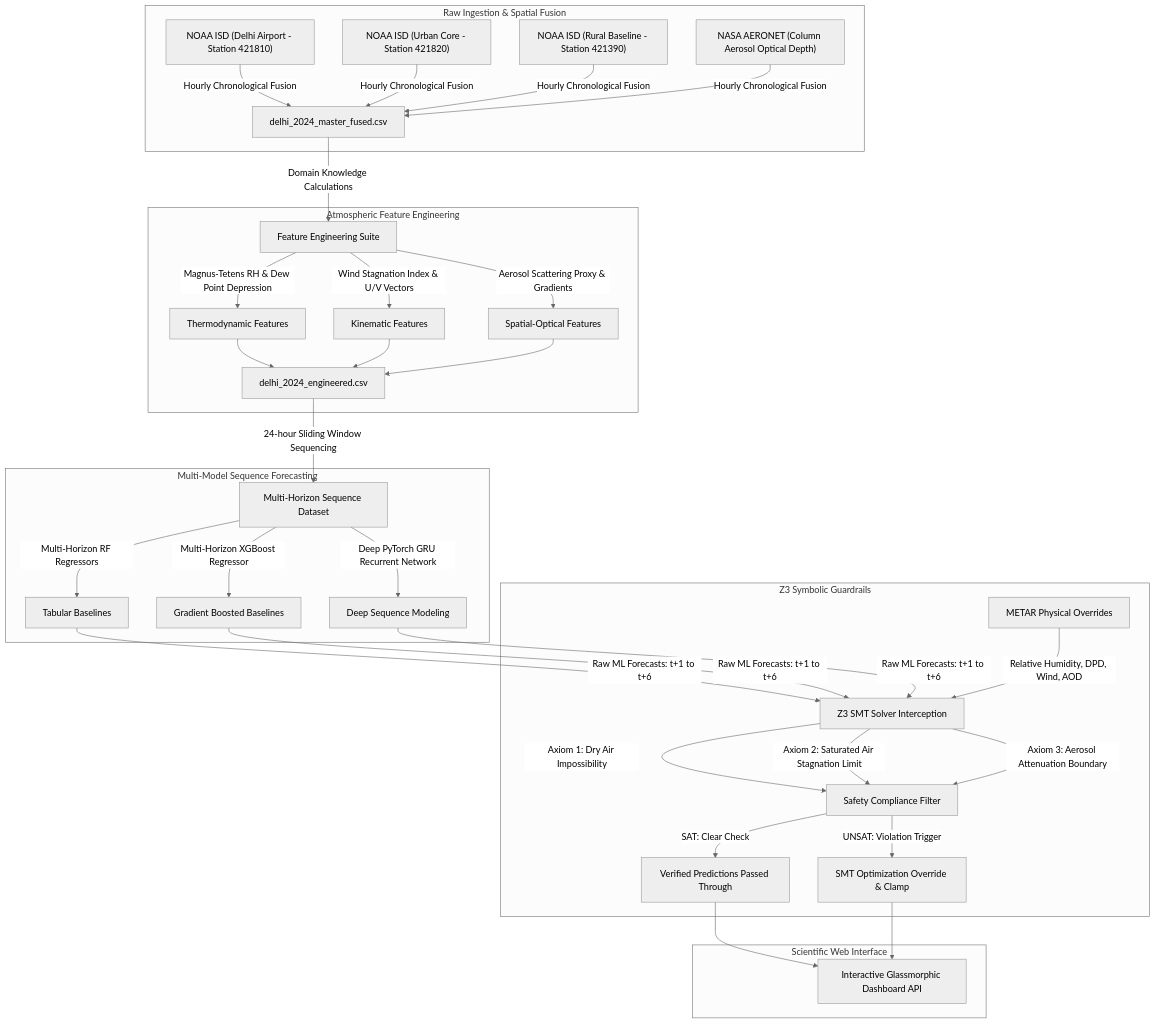
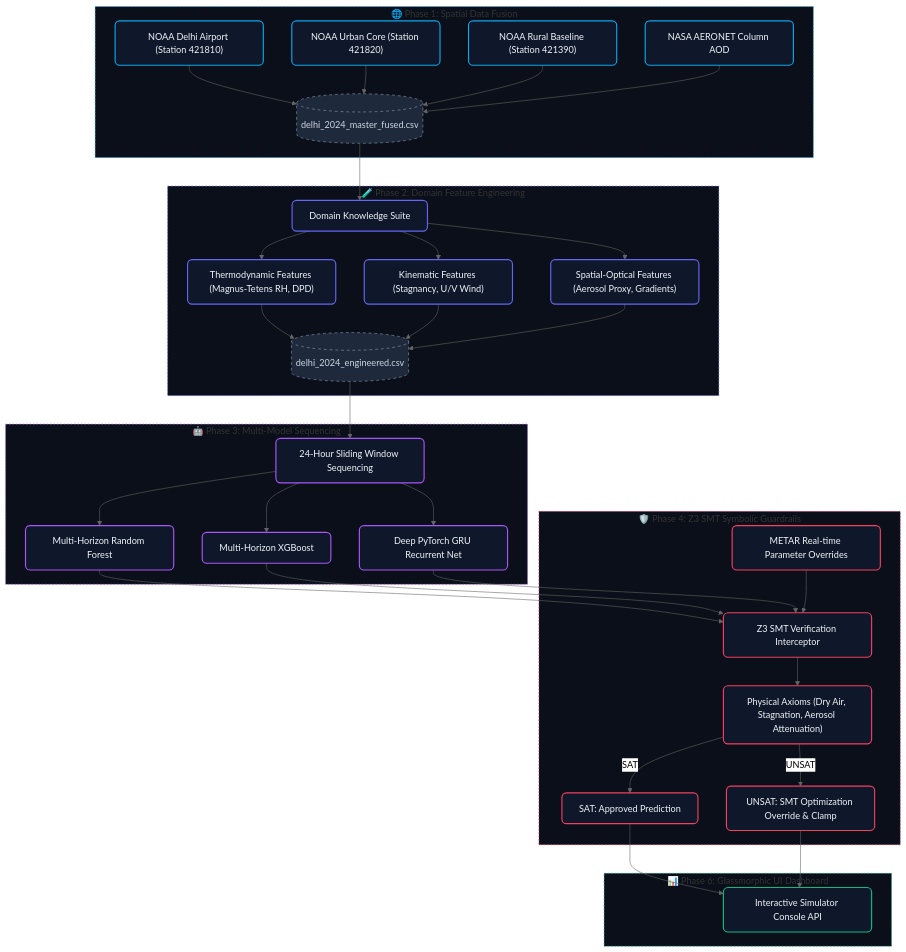
The diagram in readme.md (VedikaAgrawal/neuro-symbolic-runway-visibility-forecaster), drawn with Mermaid (neutral theme) before and after one commit.

Commit message:
docs: apply premium dark-mode glassmorphic theme styles to Mermaid architecture flowchart

````diff
--- a/readme.md
+++ b/readme.md
@@ -13,35 +13,83 @@
 ```mermaid
 graph TD
-    subgraph Raw Ingestion & Spatial Fusion
-        A["NOAA ISD (Delhi Airport - Station 421810)"] & B["NOAA ISD (Urban Core - Station 421820)"] & C["NOAA ISD (Rural Baseline - Station 421390)"] & D["NASA AERONET (Column Aerosol Optical Depth)"] -->|Hourly Chronological Fusion| E["delhi_2024_master_fused.csv"]
+    %% Define Node Styles via Classes
+    classDef default fill:#1e293b,stroke:#334155,stroke-width:1px,color:#f1f5f9,rx:8px,ry:8px;
+    classDef ingest fill:#0f172a,stroke:#0ea5e9,stroke-width:2px,color:#f1f5f9,rx:8px,ry:8px;
+    classDef feature fill:#0f172a,stroke:#6366f1,stroke-width:2px,color:#f1f5f9,rx:8px,ry:8px;
+    classDef model fill:#0f172a,stroke:#a855f7,stroke-width:2px,color:#f1f5f9,rx:8px,ry:8px;
+    classDef guardrail fill:#0f172a,stroke:#f43f5e,stroke-width:2px,color:#f1f5f9,rx:8px,ry:8px;
+    classDef dashboard fill:#0f172a,stroke:#10b981,stroke-width:2px,color:#f1f5f9,rx:8px,ry:8px;
+    classDef dataset fill:#1e293b,stroke:#94a3b8,stroke-width:1px,stroke-dasharray: 5 5,color:#cbd5e1,rx:5px,ry:5px;
+
+    %% Subgraphs
+    subgraph Ingestion ["🌐 Phase 1: Spatial Data Fusion"]
+        A["NOAA Delhi Airport (Station 421810)"]:::ingest
+        B["NOAA Urban Core (Station 421820)"]:::ingest
+        C["NOAA Rural Baseline (Station 421390)"]:::ingest
+        D["NASA AERONET Column AOD"]:::ingest
+        E[("delhi_2024_master_fused.csv")]:::dataset
+        
+        A --> E
+        B --> E
+        C --> E
+        D --> E
     end
 
-    subgraph Atmospheric Feature Engineering
-        E -->|Domain Knowledge Calculations| F[Feature Engineering Suite]
-        F -->|Magnus-Tetens RH & Dew Point Depression| G[Thermodynamic Features]
-        F -->|Wind Stagnation Index & U/V Vectors| H[Kinematic Features]
-        F -->|Aerosol Scattering Proxy & Gradients| I[Spatial-Optical Features]
-        G & H & I --> J["delhi_2024_engineered.csv"]
+    subgraph FeatureEngineering ["🧪 Phase 2: Domain Feature Engineering"]
+        F["Domain Knowledge Suite"]:::feature
+        G["Thermodynamic Features (Magnus-Tetens RH, DPD)"]:::feature
+        H["Kinematic Features (Stagnancy, U/V Wind)"]:::feature
+        I["Spatial-Optical Features (Aerosol Proxy, Gradients)"]:::feature
+        J[("delhi_2024_engineered.csv")]:::dataset
+
+        E --> F
+        F --> G
+        F --> H
+        F --> I
+        G --> J
+        H --> J
+        I --> J
     end
 
-    subgraph Multi-Model Sequence Forecasting
-        J -->|24-hour Sliding Window Sequencing| K[Multi-Horizon Sequence Dataset]
-        K -->|Multi-Horizon RF Regressors| L[Tabular Baselines]
-        K -->|Multi-Horizon XGBoost Regressor| M[Gradient Boosted Baselines]
-        K -->|Deep PyTorch GRU Recurrent Network| N[Deep Sequence Modeling]
+    subgraph Modeling ["🤖 Phase 3: Multi-Model Sequencing"]
+        K["24-Hour Sliding Window Sequencing"]:::model
+        L["Multi-Horizon Random Forest"]:::model
+        M["Multi-Horizon XGBoost"]:::model
+        N["Deep PyTorch GRU Recurrent Net"]:::model
+
+        J --> K
+        K --> L
+        K --> M
+        K --> N
     end
 
-    subgraph Z3 Symbolic Guardrails
-        L & M & N -->|Raw ML Forecasts: t+1 to t+6| O[Z3 SMT Solver Interception]
-        P[METAR Physical Overrides] -->|Relative Humidity, DPD, Wind, AOD| O
-        O -->|Axiom 1: Dry Air Impossibility| Q[Safety Compliance Filter]
-        O -->|Axiom 2: Saturated Air Stagnation Limit| Q
-        O -->|Axiom 3: Aerosol Attenuation Boundary| Q
-        Q -->|SAT: Clear Check| R[Verified Predictions Passed Through]
-        Q -->|UNSAT: Violation Trigger| S[SMT Optimization Override & Clamp]
+    subgraph Guardrail ["🛡️ Phase 4: Z3 SMT Symbolic Guardrails"]
+        O["Z3 SMT Verification Interceptor"]:::guardrail
+        P["METAR Real-time Parameter Overrides"]:::guardrail
+        Q["Physical Axioms (Dry Air, Stagnation, Aerosol Attenuation)"]:::guardrail
+        R["SAT: Approved Prediction"]:::guardrail
+        S["UNSAT: SMT Optimization Override & Clamp"]:::guardrail
+
+        L --> O
+        M --> O
+        N --> O
+        P --> O
+        O --> Q
+        Q -->|SAT| R
+        Q -->|UNSAT| S
     end
 
-    subgraph Scientific Web Interface
-        R & S --> T[Interactive Glassmorphic Dashboard API]
+    subgraph Interface ["📊 Phase 6: Glassmorphic UI Dashboard"]
+        T["Interactive Simulator Console API"]:::dashboard
+        
+        R --> T
+        S --> T
     end
+
+    %% Subgraph Styling
+    style Ingestion fill:#0b0f19,stroke:#0ea5e9,stroke-width:1px,stroke-dasharray: 3 3
+    style FeatureEngineering fill:#0b0f19,stroke:#6366f1,stroke-width:1px,stroke-dasharray: 3 3
+    style Modeling fill:#0b0f19,stroke:#a855f7,stroke-width:1px,stroke-dasharray: 3 3
+    style Guardrail fill:#0b0f19,stroke:#f43f5e,stroke-width:1px,stroke-dasharray: 3 3
+    style Interface fill:#0b0f19,stroke:#10b981,stroke-width:1px,stroke-dasharray: 3 3
 ```
````
